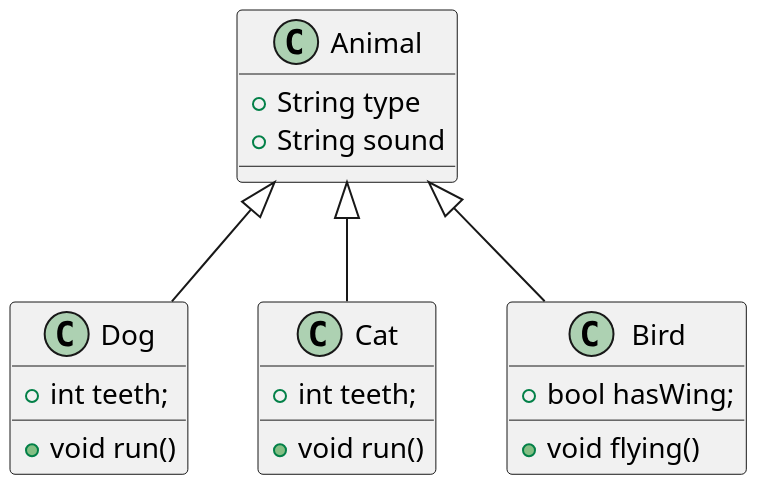
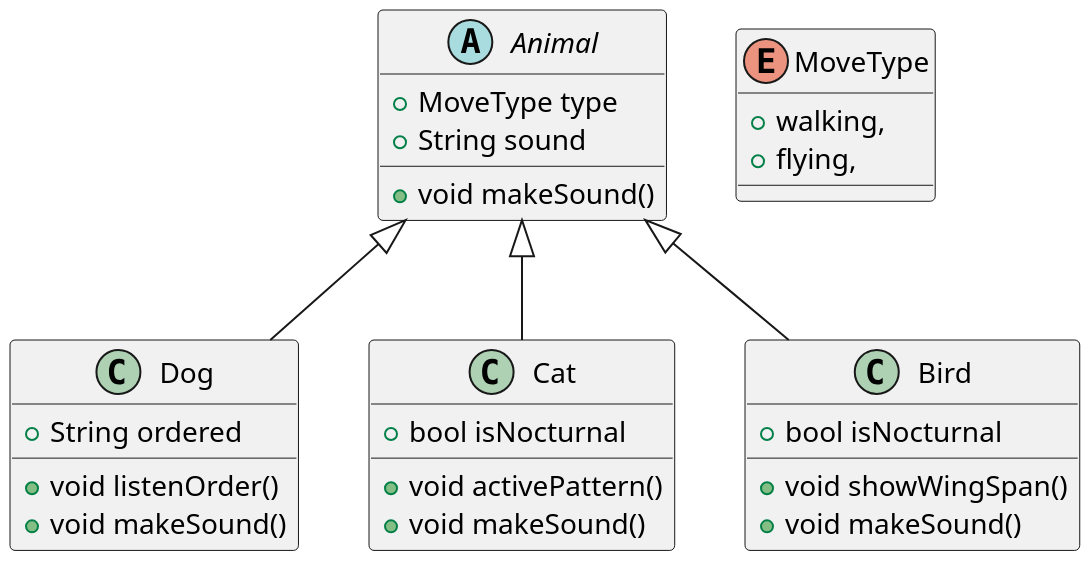
The diagram in lib/04_inheritance/animal/animal.puml (SeSAC-Flutter-6/learn_dart_together), drawn with PlantUML before and after one commit. The commit also changed 7 other files, not shown here.

```diff
--- a/lib/04_inheritance/animal/animal.puml
+++ b/lib/04_inheritance/animal/animal.puml
@@ -1,28 +1,36 @@
 @startuml
 scale 2
 
-class Animal {
-    + String type
+abstract class Animal {
+    + MoveType type
     + String sound
+
+    + void makeSound()
+}
+
+enum MoveType {
+    + walking,
+    + flying,
 }
 
 class Dog extends Animal {
-    + int teeth;
+    + String ordered
 
-    + void run()
+    + void listenOrder()
+    + void makeSound()
 }
 
 class Cat extends Animal {
-    + int teeth;
+    + bool isNocturnal
 
-    + void run()
+    + void activePattern()
+    + void makeSound()
 }
 
 class Bird extends Animal {
-    + bool hasWing;
+    + bool isNocturnal
 
-    + void flying()
+    + void showWingSpan()
+    + void makeSound()
 }
-
-
 @enduml
```
